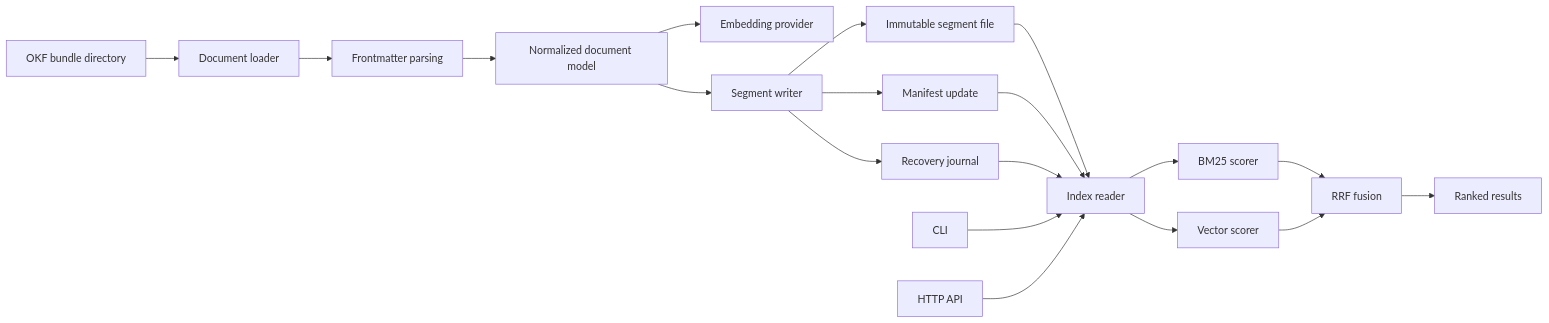
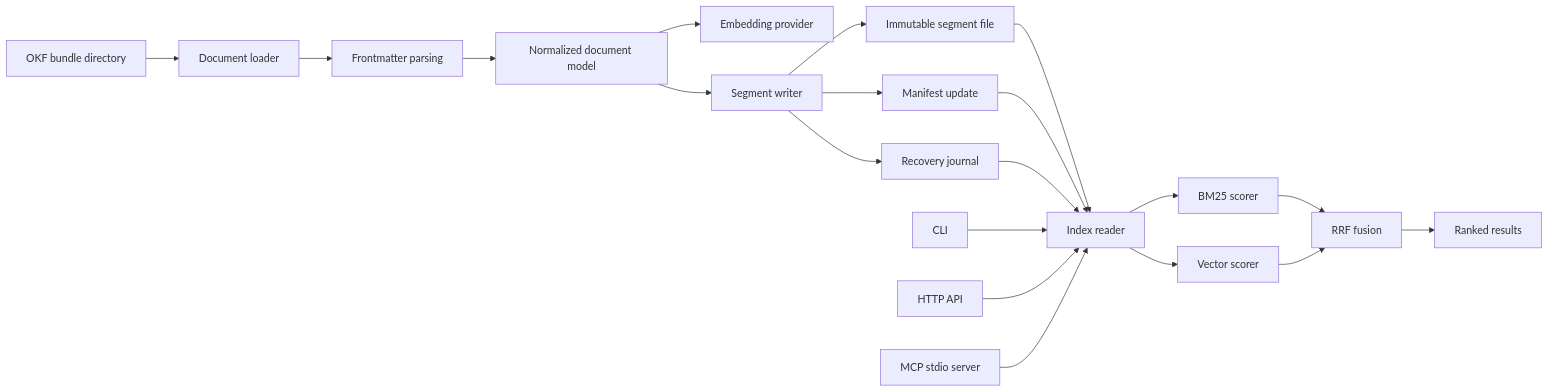
The first of 4 diagrams in docs/SYSTEM_DESCRIPTION.md (mrorigo/rust-okf), drawn with Mermaid before and after one commit. The commit also changed other lines of this file and 6 other files, not shown here.

Commit message:
feat: add basic MCP server support

````diff
--- a/docs/SYSTEM_DESCRIPTION.md
+++ b/docs/SYSTEM_DESCRIPTION.md
@@ -34,21 +34,22 @@
 ```mermaid
 flowchart LR
     A["OKF bundle directory"] --> B["Document loader"]
     B --> C["Frontmatter parsing"]
     C --> D["Normalized document model"]
     D --> E["Embedding provider"]
     D --> F["Segment writer"]
     F --> G["Immutable segment file"]
     F --> H["Manifest update"]
     F --> I["Recovery journal"]
     G --> J["Index reader"]
     H --> J
     I --> J
     J --> K["BM25 scorer"]
     J --> L["Vector scorer"]
     K --> M["RRF fusion"]
     L --> M
     M --> N["Ranked results"]
     O["CLI"] --> J
     P["HTTP API"] --> J
+    R["MCP stdio server"] --> J
 ```
````
